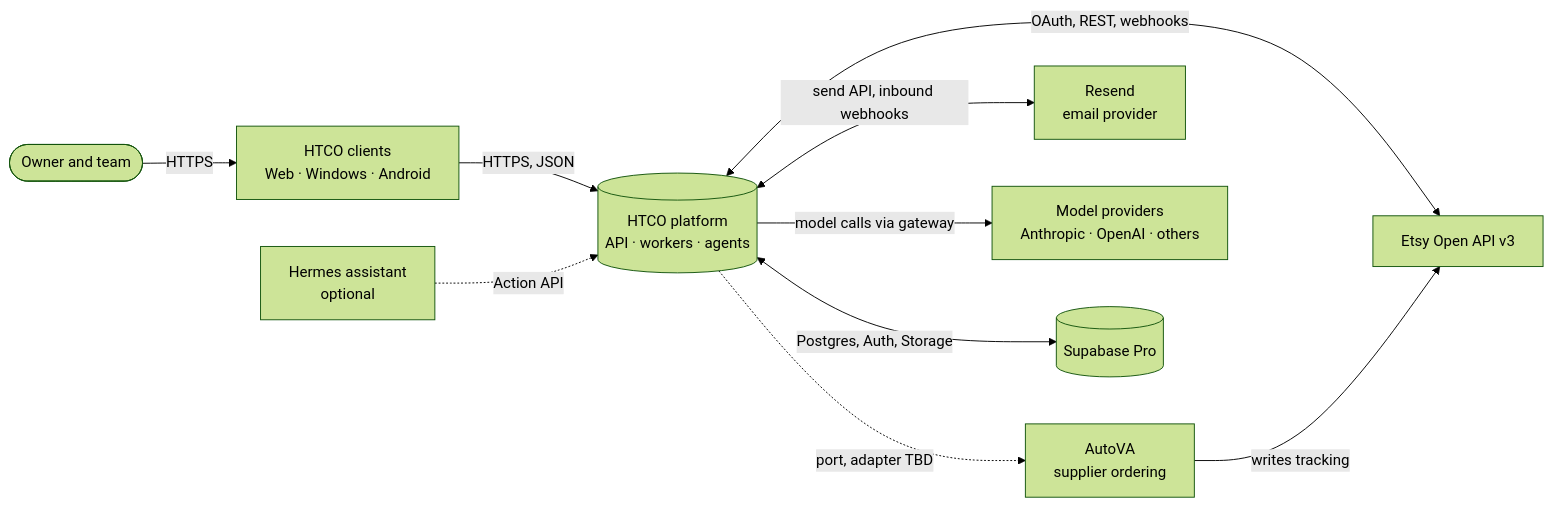
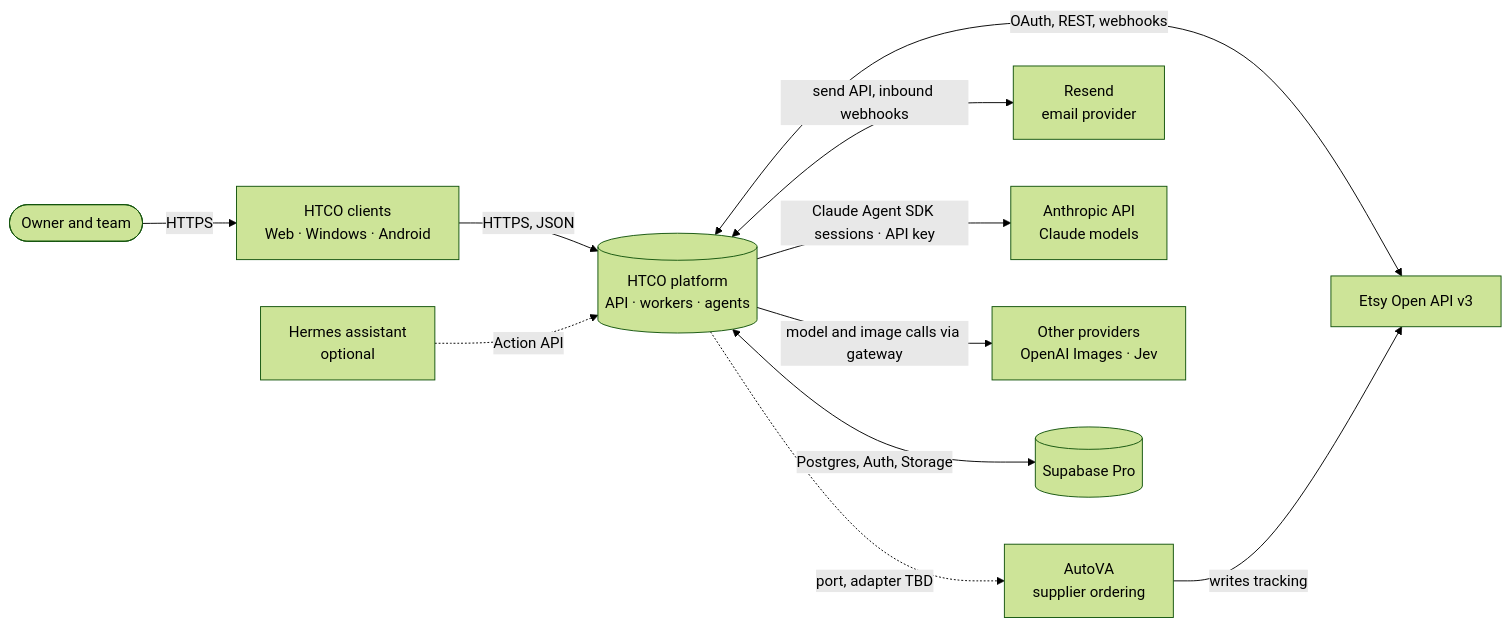
One commit to Tzvi1234/htco-platform changed the first of 5 diagrams in docs/architecture/SOFTWARE_DESIGN.md. Above: the diagram before and after it, drawn with Mermaid (forest theme). The commit also changed other lines of this file and 99 other files, not shown here.

````diff
--- a/docs/architecture/SOFTWARE_DESIGN.md
+++ b/docs/architecture/SOFTWARE_DESIGN.md
@@ -29,12 +29,13 @@
 ```mermaid
 flowchart LR
   owner([Owner and team]) -->|HTTPS| clients[HTCO clients<br/>Web · Windows · Android]
   clients -->|HTTPS, JSON| htco[(HTCO platform<br/>API · workers · agents)]
   htco <-->|OAuth, REST, webhooks| etsy[Etsy Open API v3]
   autova[AutoVA<br/>supplier ordering] -->|writes tracking| etsy
   htco -. port, adapter TBD .-> autova
   htco <-->|send API, inbound webhooks| mail[Resend<br/>email provider]
-  htco -->|model calls via gateway| llm[Model providers<br/>Anthropic · OpenAI · others]
+  htco -->|Claude Agent SDK sessions · API key| claude[Anthropic API<br/>Claude models]
+  htco -->|model and image calls via gateway| llm[Other providers<br/>OpenAI Images · Jev]
   htco <-->|Postgres, Auth, Storage| supa[(Supabase Pro)]
   hermes[Hermes assistant<br/>optional] -. Action API .-> htco
 ```
````
